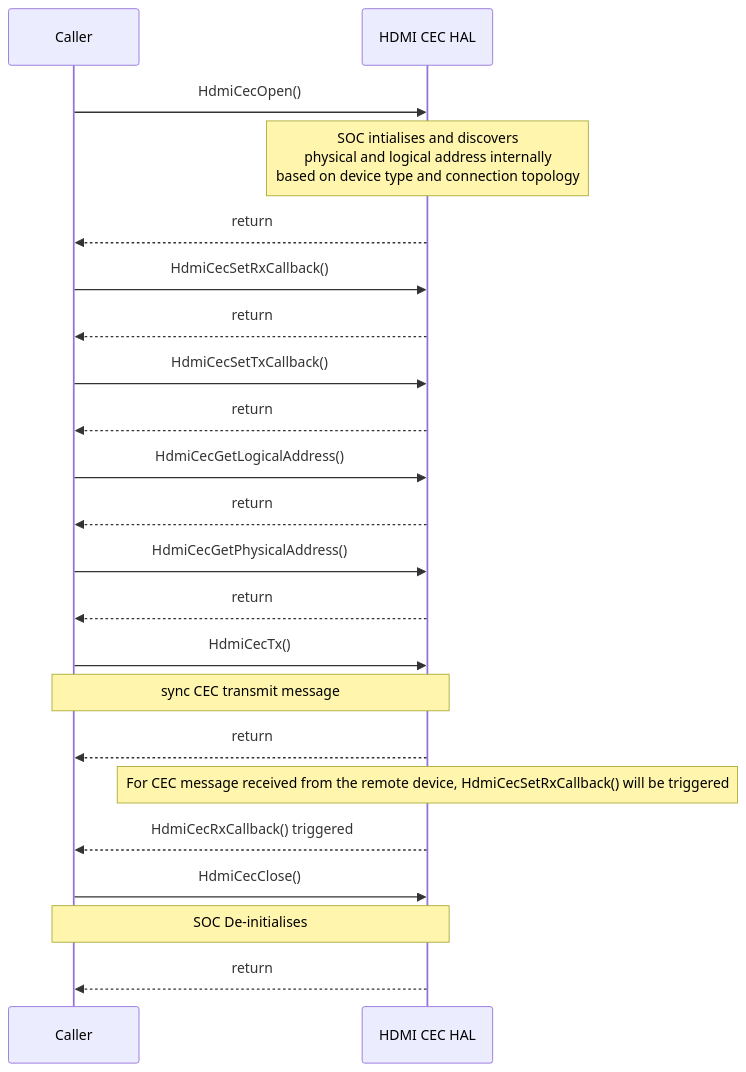
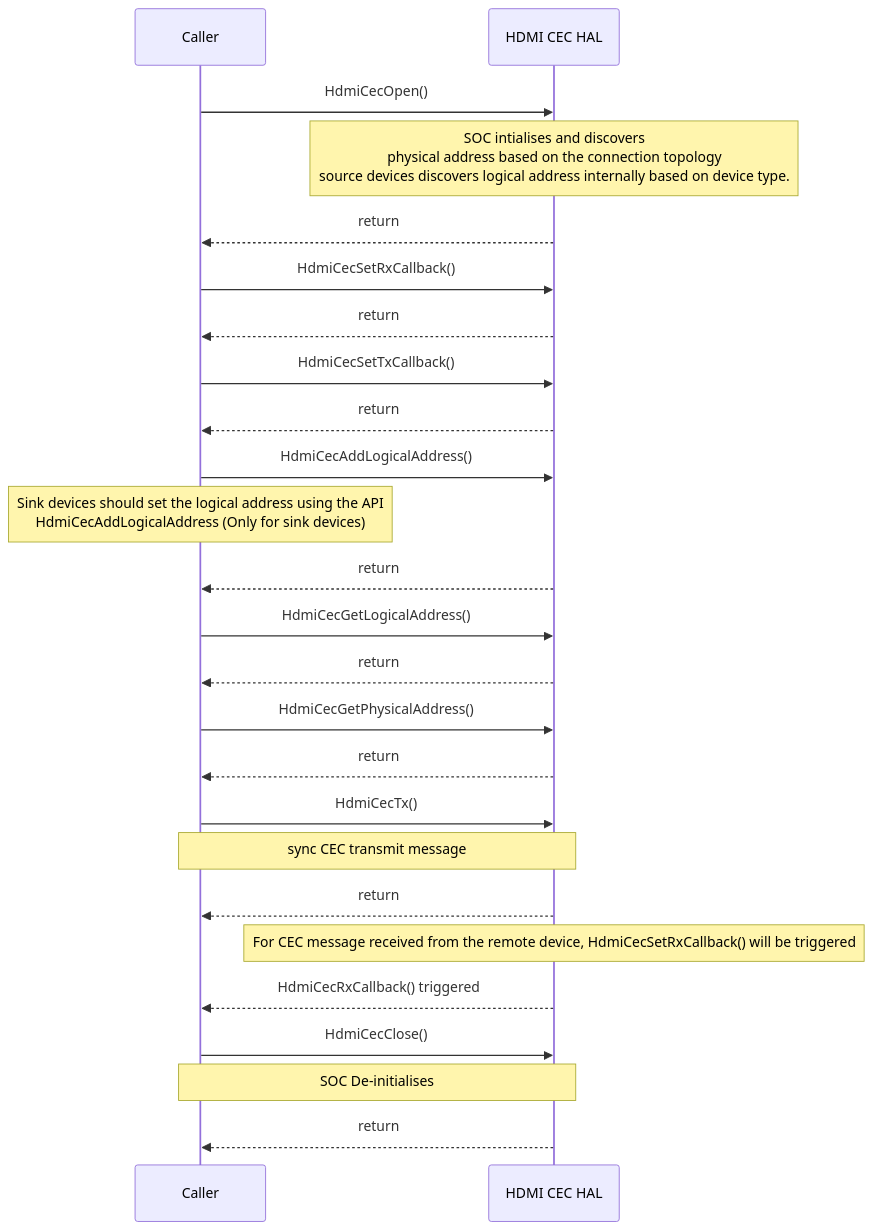
One commit to rdkcentral/rdk-halif-hdmi_cec changed the second of 2 diagrams in docs/pages/halSpec.md. Above: the diagram before and after it, drawn with Mermaid. The commit also changed other lines of this file and 1 other file, not shown here.

Commit message:
RDK-41512: HdmiCec hal specification modificatons based on the L2 review comments

````diff
--- a/docs/pages/halSpec.md
+++ b/docs/pages/halSpec.md
@@ -186,25 +186,28 @@
 ```mermaid
 %%{ init : { "theme" : "default", "flowchart" : { "curve" : "stepBefore" }}}%%
    sequenceDiagram
     participant Caller as Caller
     participant HAL as HDMI CEC HAL
     Caller->>HAL:HdmiCecOpen()
-    Note over HAL: SOC intialises and discovers <br> physical and logical address internally <br> based on device type and connection topology
+    Note over HAL: SOC intialises and discovers <br> physical address based on the connection topology <br> source devices discovers logical address internally  based on device type.
     HAL-->>Caller:return
     Caller->>HAL:HdmiCecSetRxCallback()
     HAL-->>Caller:return
     Caller->>HAL:HdmiCecSetTxCallback()
+    HAL-->>Caller:return
+    Caller ->>HAL:HdmiCecAddLogicalAddress()
+    Note over Caller: Sink devices should set the logical address using the API <br> HdmiCecAddLogicalAddress (Only for sink devices)
     HAL-->>Caller:return
     Caller ->>HAL:HdmiCecGetLogicalAddress()
     HAL-->>Caller:return
     Caller ->>HAL:HdmiCecGetPhysicalAddress()
     HAL-->>Caller:return
     Caller ->>HAL:HdmiCecTx()
     Note over Caller,HAL: sync CEC transmit message
     HAL-->>Caller:return
     Note over HAL: For CEC message received from the remote device, HdmiCecSetRxCallback() will be triggered
     HAL-->>Caller:HdmiCecRxCallback() triggered
     Caller ->>HAL:HdmiCecClose()
     Note over Caller,HAL: SOC De-initialises 
     HAL-->>Caller:return
  ```
````
